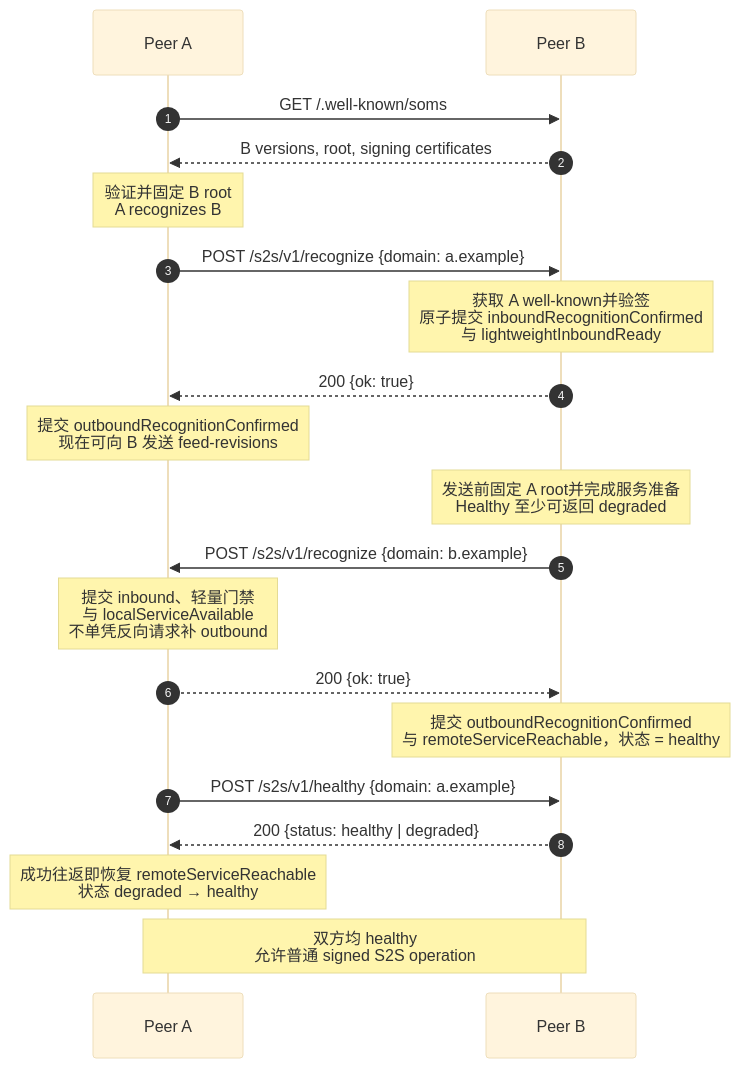
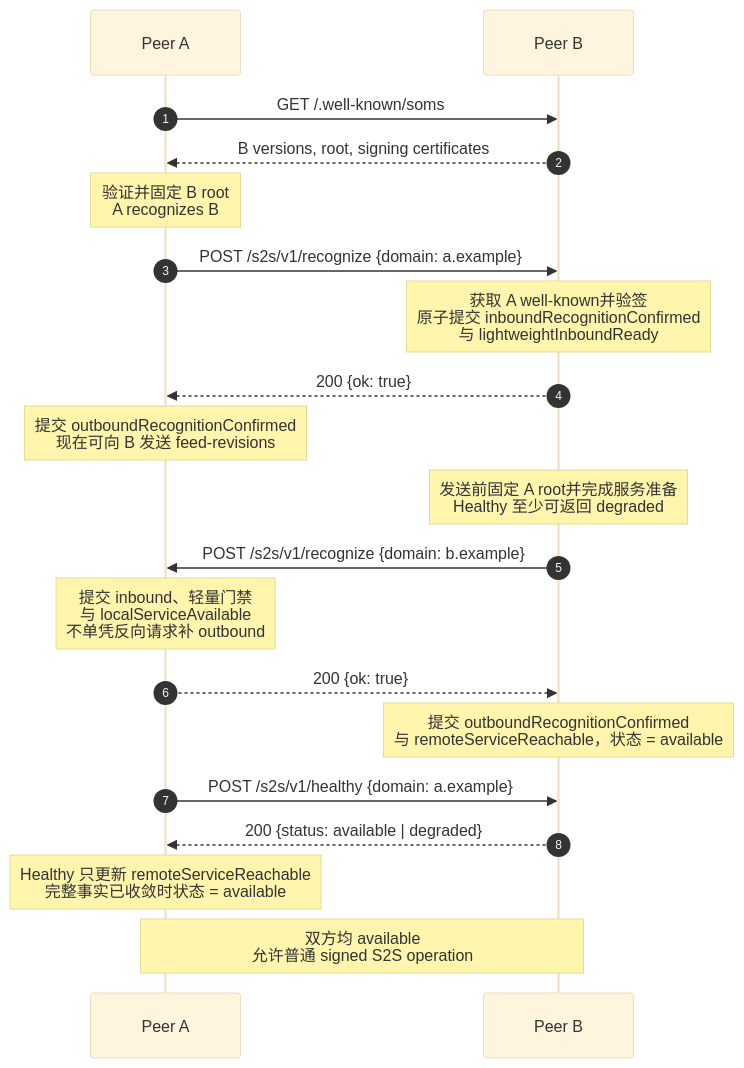
One commit to hapood/simple-open-messaging-service changed the second of 3 diagrams in docs/federation/spec/v1/recognition.md. Above: the diagram before and after it, drawn with Mermaid (base theme). The commit also changed other lines of this file and 88 other files, not shown here.

Commit message:
feat(federation): implement peer recognition flow

````diff
--- a/docs/federation/spec/v1/recognition.md
+++ b/docs/federation/spec/v1/recognition.md
@@ -306,26 +308,26 @@
 ```mermaid
 sequenceDiagram
     autonumber
     participant A as Peer A
     participant B as Peer B
 
     A->>B: GET /.well-known/soms
     B-->>A: B versions, root, signing certificates
     Note over A: 验证并固定 B root<br/>A recognizes B
     A->>B: POST /s2s/v1/recognize {domain: a.example}
     Note over B: 获取 A well-known并验签<br/>原子提交 inboundRecognitionConfirmed<br/>与 lightweightInboundReady
     B-->>A: 200 {ok: true}
     Note over A: 提交 outboundRecognitionConfirmed<br/>现在可向 B 发送 feed-revisions
 
     Note over B: 发送前固定 A root并完成服务准备<br/>Healthy 至少可返回 degraded
     B->>A: POST /s2s/v1/recognize {domain: b.example}
     Note over A: 提交 inbound、轻量门禁<br/>与 localServiceAvailable<br/>不单凭反向请求补 outbound
     A-->>B: 200 {ok: true}
-    Note over B: 提交 outboundRecognitionConfirmed<br/>与 remoteServiceReachable，状态 = healthy
+    Note over B: 提交 outboundRecognitionConfirmed<br/>与 remoteServiceReachable，状态 = available
 
     A->>B: POST /s2s/v1/healthy {domain: a.example}
-    B-->>A: 200 {status: healthy | degraded}
-    Note over A: 成功往返即恢复 remoteServiceReachable<br/>状态 degraded → healthy
+    B-->>A: 200 {status: available | degraded}
+    Note over A: Healthy 只更新 remoteServiceReachable<br/>完整事实已收敛时状态 = available
 
-    Note over A,B: 双方均 healthy<br/>允许普通 signed S2S operation
+    Note over A,B: 双方均 available<br/>允许普通 signed S2S operation
 ```
````
